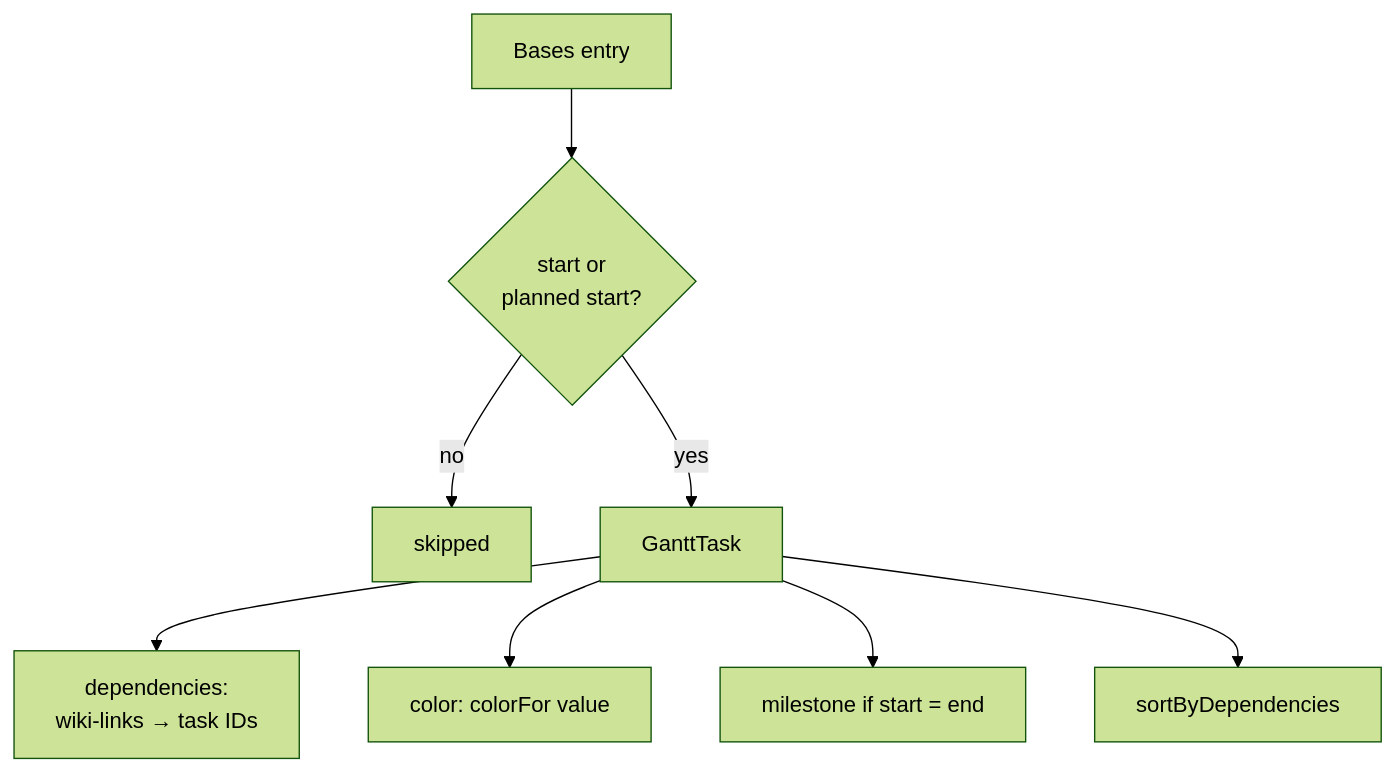
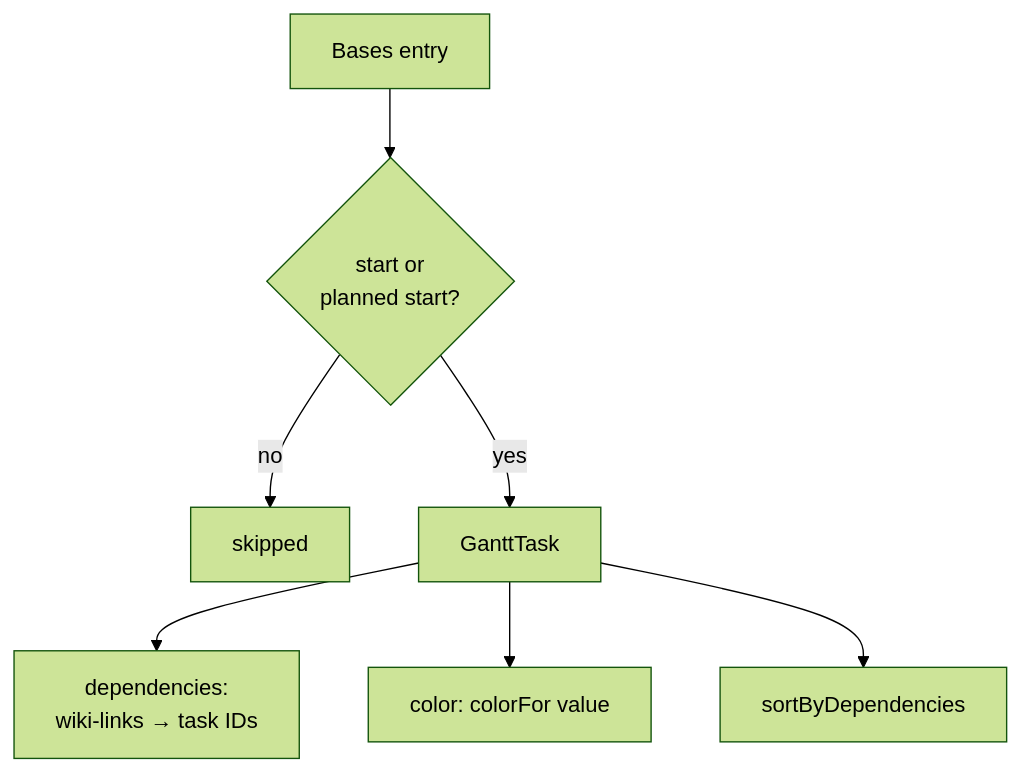
One commit to beathvn/obsidian-bases-gantt changed the diagram in docs/task-mapping.md. Above: the diagram before and after it, drawn with Mermaid (forest theme). The commit also changed other lines of this file and 7 other files, not shown here.

````diff
--- a/docs/task-mapping.md
+++ b/docs/task-mapping.md
@@ -27,10 +27,9 @@
 ```mermaid
 flowchart TD
     E[Bases entry] --> D{start or<br/>planned start?}
     D -- no --> X[skipped]
     D -- yes --> T[GanttTask]
     T --> Dep[dependencies:<br/>wiki-links → task IDs]
     T --> Col[color: colorFor value]
-    T --> M[milestone if start = end]
     T --> S[sortByDependencies]
 ```
````
